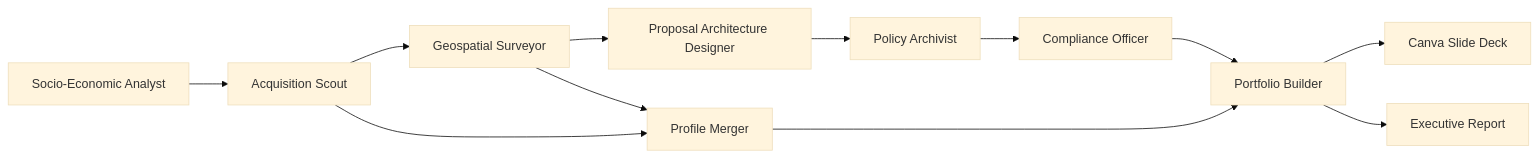
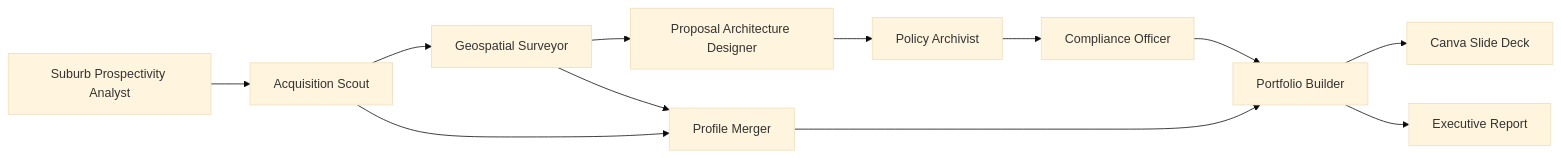
One commit to anubhavjetley2424/Sydney-Property-Feasibility-Engine-MAS- changed the first of 2 diagrams in README.md. Above: the diagram before and after it, drawn with Mermaid (base theme). The commit also changed other lines of this file and 2 other files, not shown here.

````diff
--- a/README.md
+++ b/README.md
@@ -26,14 +26,14 @@
 ```mermaid
 graph LR
-  A[Socio‑Economic Analyst] --> B[Acquisition Scout]
+  A[Suburb Prospectivity Analyst] --> B[Acquisition Scout]
   B --> C[Geospatial Surveyor]
   C --> F[Proposal Architecture Designer]
   F --> D[Policy Archivist]
   D --> E[Compliance Officer]
   B --> H[Profile Merger]
   C --> H
   E --> I[Portfolio Builder]
   H --> I
   I --> J[Canva Slide Deck]
   I --> K[Executive Report]
 ```
````
